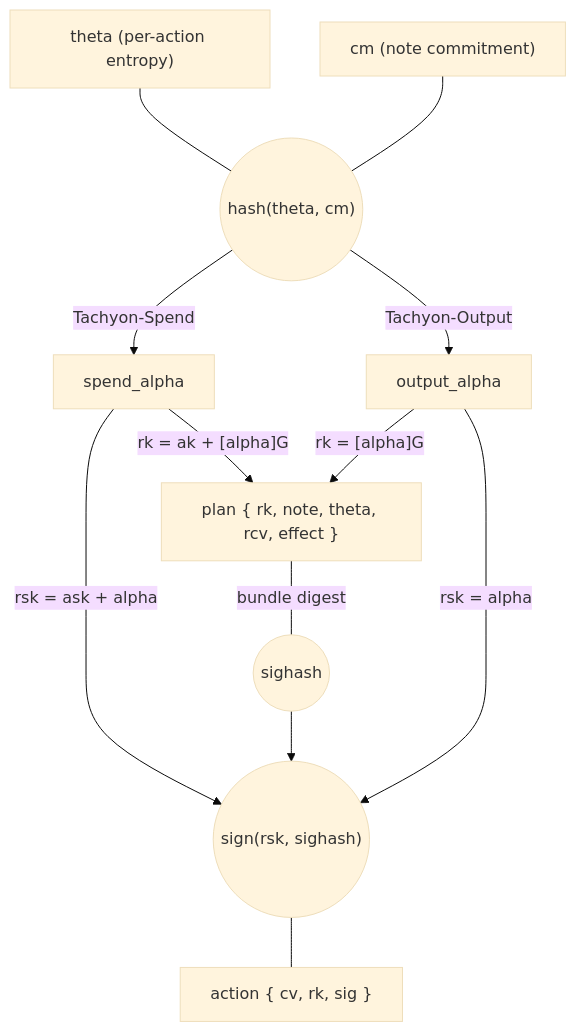
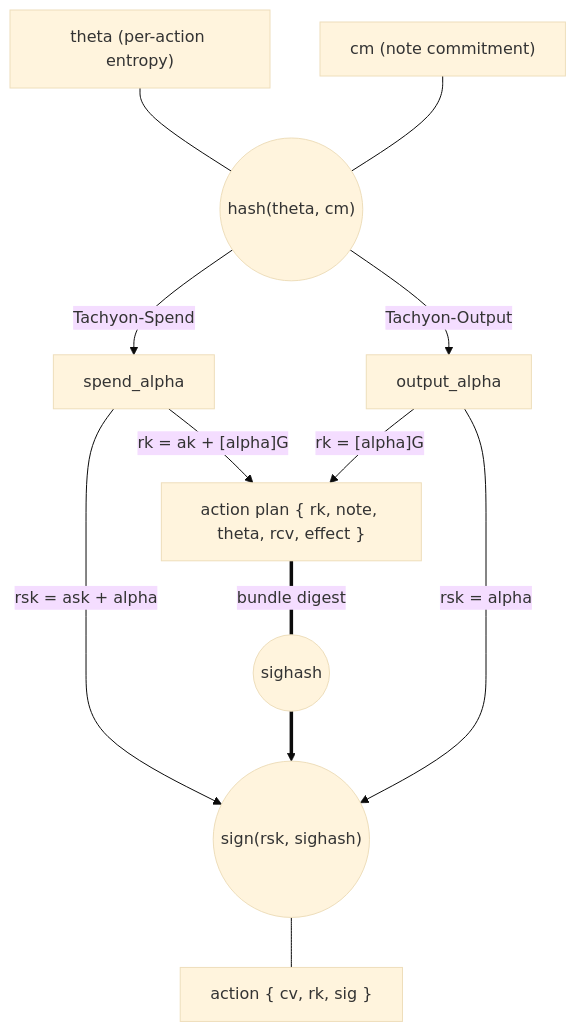
Before and after one commit to turbocrime/tachyon: the first of 3 diagrams in book/src/authorization.md, drawn with Mermaid (base theme). The commit also changed other lines of this file, not shown here.

````diff
--- a/book/src/authorization.md
+++ b/book/src/authorization.md
@@ -11,24 +12,24 @@
 ```mermaid
 flowchart TB
     theta["theta (per-action entropy)"]
     cm["cm (note commitment)"]
     hash(("hash(theta, cm)"))
 
     theta & cm --- hash
 
     hash -->|"Tachyon-Spend"| spend_alpha
     hash -->|"Tachyon-Output"| output_alpha
 
     spend_alpha -->|"rk = ak + [alpha]G"| plan
     output_alpha -->|"rk = [alpha]G"| plan
 
-    plan["plan { rk, note, theta, rcv, effect }"]
-    plan ---|"bundle digest"| sighash((sighash))
+    plan["action plan { rk, note, theta, rcv, effect }"]
+    plan ===|"bundle digest"| sighash((sighash))
 
     spend_alpha -->|"rsk = ask + alpha"| sign
-    sighash --> sign
+    sighash ==> sign
     output_alpha -->|"rsk = alpha"| sign
 
     sign(("sign(rsk, sighash)"))
     sign --- action["action { cv, rk, sig }"]
 ```
````
